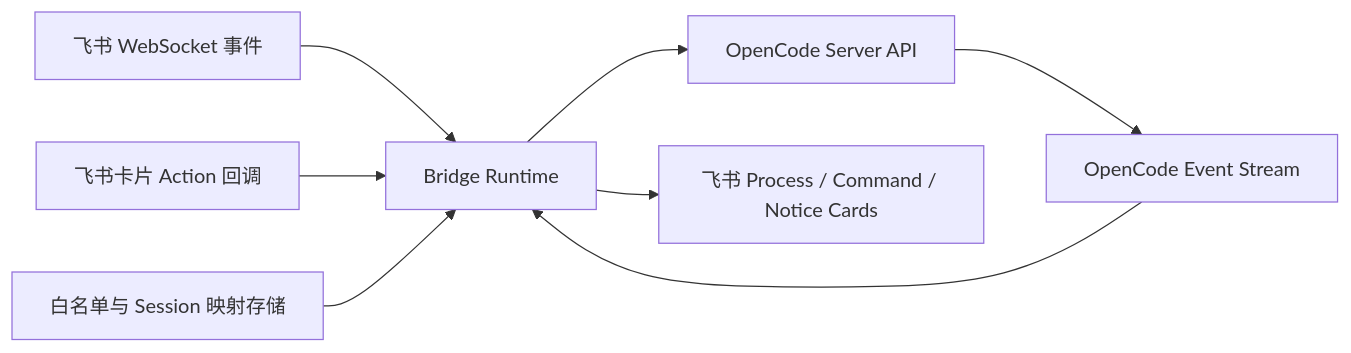
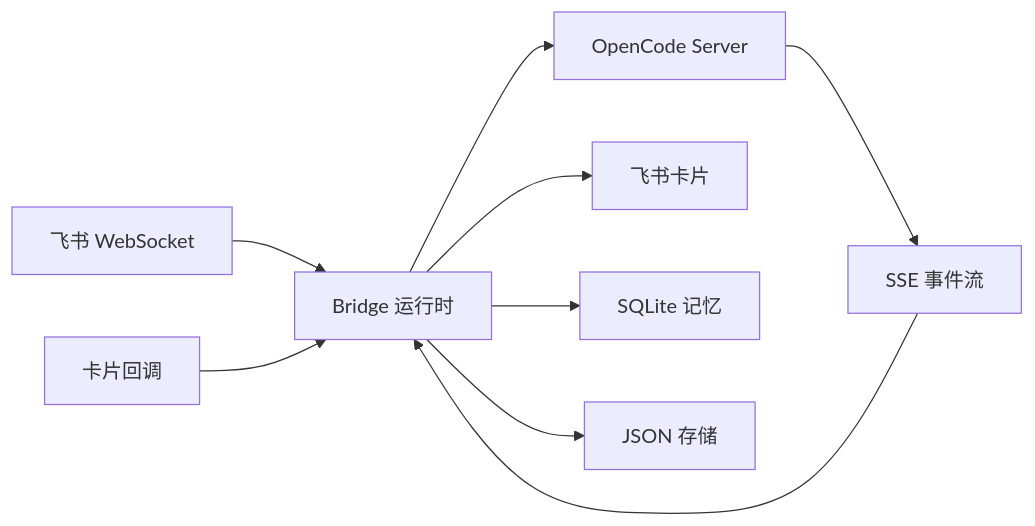
The diagram in README.zh-CN.md (Clukay-Fun/feishu-opencode-bridge), drawn with Mermaid before and after one commit. The commit also changed other lines of this file and 2 other files, not shown here.

````diff
--- a/README.zh-CN.md
+++ b/README.zh-CN.md
@@ -38,10 +36,11 @@
 ```mermaid
 flowchart LR
-    A["飞书 WebSocket 事件"] --> B["Bridge Runtime"]
-    B --> C["OpenCode Server API"]
-    C --> D["OpenCode Event Stream"]
+    A[飞书 WebSocket] --> B[Bridge 运行时]
+    B --> C[OpenCode Server]
+    C --> D[SSE 事件流]
     D --> B
-    B --> E["飞书 Process / Command / Notice Cards"]
-    F["飞书卡片 Action 回调"] --> B
-    G["白名单与 Session 映射存储"] --> B
+    B --> E[飞书卡片]
+    F[卡片回调] --> B
+    B --> G[SQLite 记忆]
+    B --> H[JSON 存储]
 ```
````
